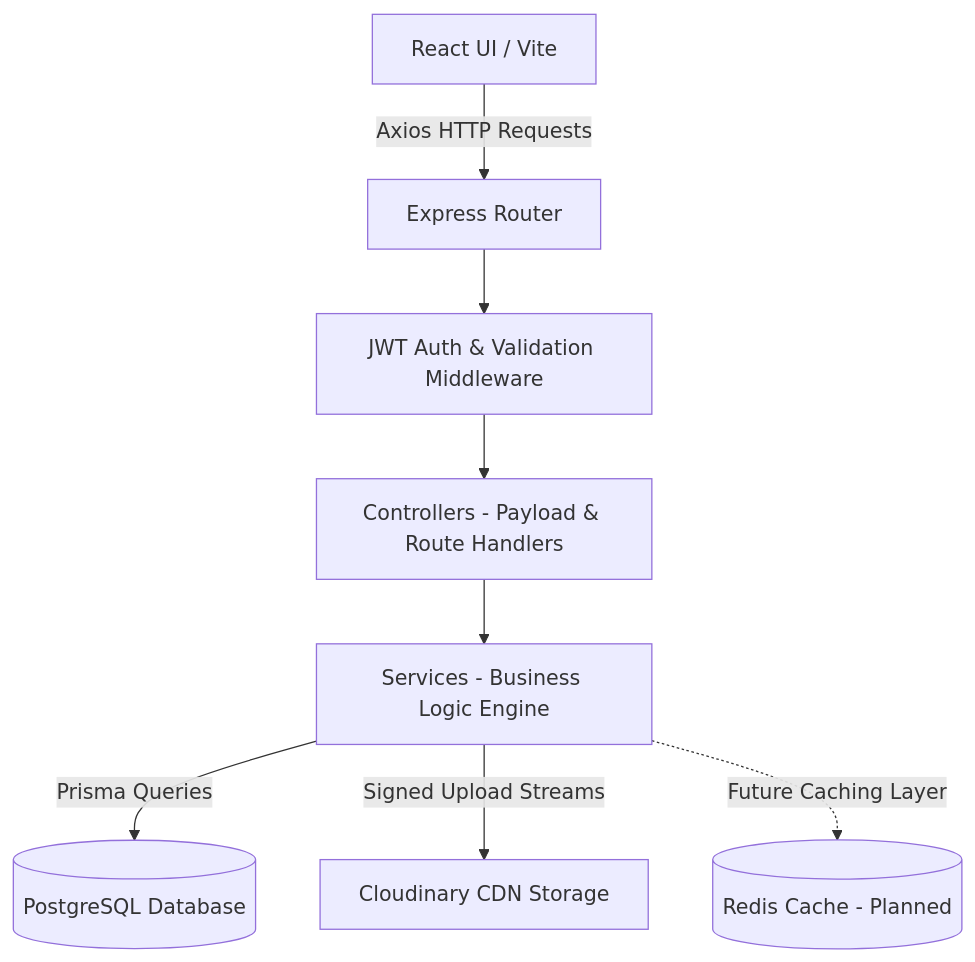
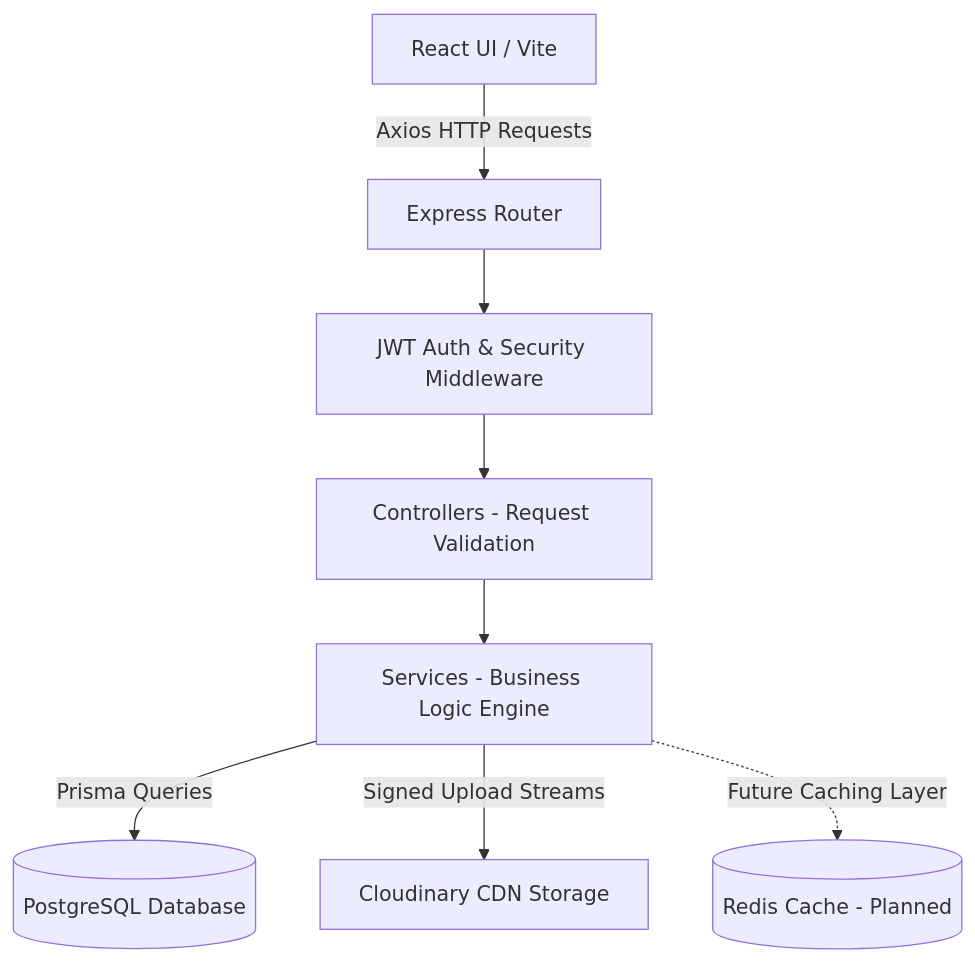
Before and after one commit to Akashyatinjain/Akashyatinjain: the first of 3 diagrams in README.md, drawn with Mermaid. The commit also changed other lines of this file, not shown here.

Commit message:
docs: finalize README with exact recruiter hook, security checklist & CI/CD flow

````diff
--- a/README.md
+++ b/README.md
@@ -100,10 +100,10 @@
 ```mermaid
 graph TD
     Client[React UI / Vite] -->|Axios HTTP Requests| Router[Express Router]
-    Router --> Middleware[JWT Auth & Validation Middleware]
-    Middleware --> Controller[Controllers - Payload & Route Handlers]
+    Router --> Middleware[JWT Auth & Security Middleware]
+    Middleware --> Controller[Controllers - Request Validation]
     Controller --> Service[Services - Business Logic Engine]
     Service -->|Prisma Queries| Database[(PostgreSQL Database)]
     Service -->|Signed Upload Streams| Cloudinary[Cloudinary CDN Storage]
     Service -.->|Future Caching Layer| Redis[(Redis Cache - Planned)]
 ```
````
